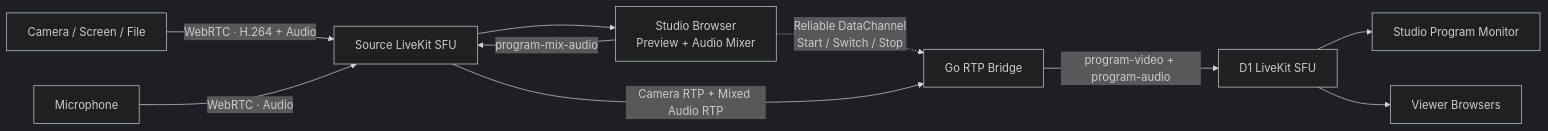
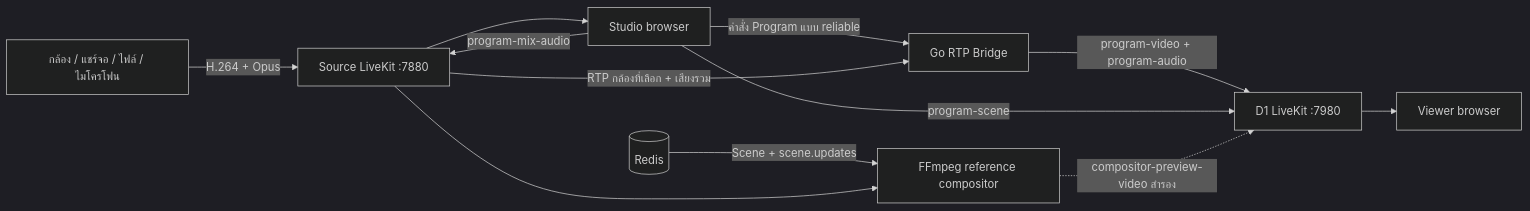
The diagram in README.th.md (SiripongPadkhuntod/LiveSteam-WebRTC), drawn with Mermaid (dark theme) before and after one commit. The commit also changed other lines of this file and 11 other files, not shown here.

````diff
--- a/README.th.md
+++ b/README.th.md
@@ -24,12 +11,14 @@
 ```mermaid
 flowchart LR
-    Camera["Camera / Screen / File"] -->|"WebRTC · H.264 + Audio"| Source["Source LiveKit SFU"]
-    Microphone["Microphone"] -->|"WebRTC · Audio"| Source
-    Source --> Studio["Studio Browser<br/>Preview + Audio Mixer"]
-    Studio -->|"program-mix-audio"| Source
-    Studio -.->|"Reliable DataChannel<br/>Start / Switch / Stop"| Bridge["Go RTP Bridge"]
-    Source -->|"Camera RTP + Mixed Audio RTP"| Bridge
-    Bridge -->|"program-video + program-audio"| D1["D1 LiveKit SFU"]
-    D1 --> Monitor["Studio Program Monitor"]
-    D1 --> Viewers["Viewer Browsers"]
+  Sources["กล้อง / แชร์จอ / ไฟล์ / ไมโครโฟน"] -->|"H.264 + Opus"| SourceSFU["Source LiveKit :7880"]
+  SourceSFU --> Studio["Studio browser"]
+  Studio -->|"program-mix-audio"| SourceSFU
+  Studio -->|"คำสั่ง Program แบบ reliable"| Bridge["Go RTP Bridge"]
+  SourceSFU -->|"RTP กล้องที่เลือก + เสียงรวม"| Bridge
+  Bridge -->|"program-video + program-audio"| D1["D1 LiveKit :7980"]
+  Studio -->|"program-scene"| D1
+  D1 --> Viewer["Viewer browser"]
+  Redis[(Redis)] -->|"Scene + scene.updates"| Compositor["FFmpeg reference compositor"]
+  SourceSFU --> Compositor
+  Compositor -.->|"compositor-preview-video สำรอง"| D1
 ```
````
